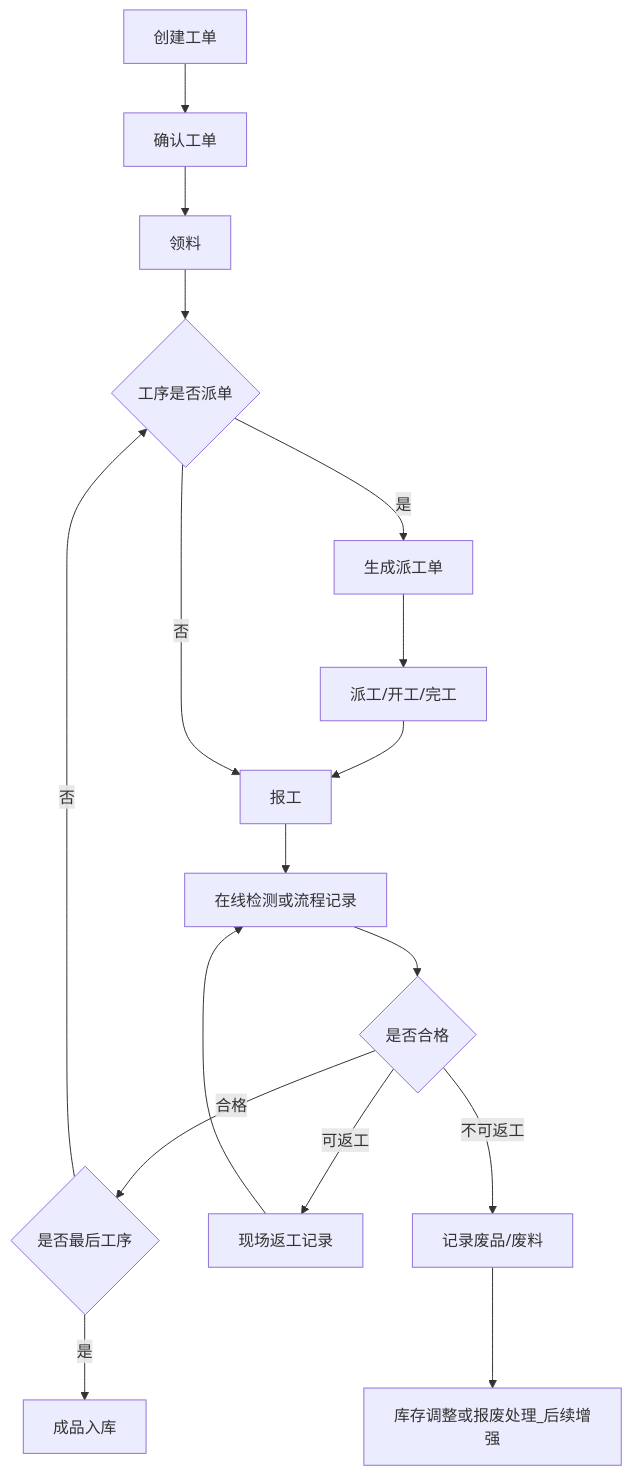
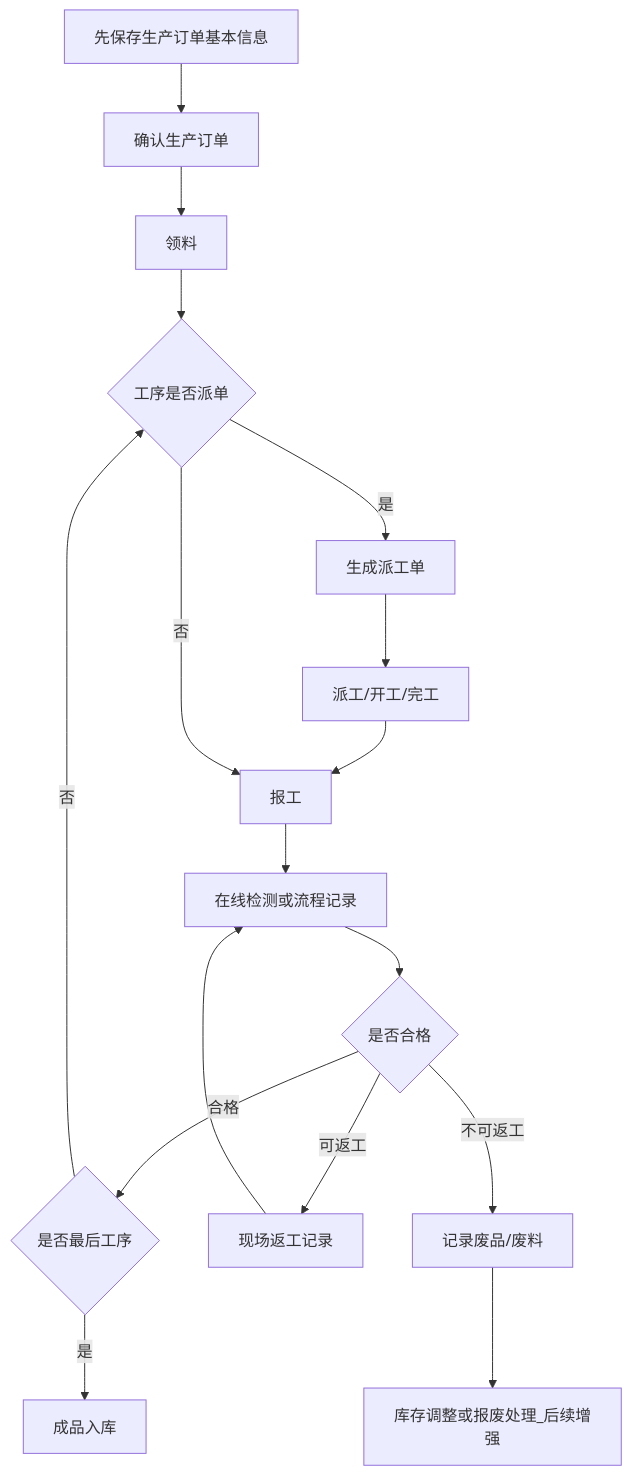
Diagram 12 of 17 in docs/minierp/system-function-flow.md (goldf2/mes-lite), drawn with Mermaid before and after one commit. The commit also changed other lines of this file and 28 other files, not shown here.

````diff
--- a/docs/minierp/system-function-flow.md
+++ b/docs/minierp/system-function-flow.md
@@ -386,19 +386,19 @@
 ```mermaid
 flowchart TD
-  A["创建工单"] --> B["确认工单"]
+  A["先保存生产订单基本信息"] --> B["确认生产订单"]
   B --> C["领料"]
   C --> D{"工序是否派单"}
   D -->|是| E["生成派工单"]
   E --> F["派工/开工/完工"]
   F --> G["报工"]
   D -->|否| G
   G --> H["在线检测或流程记录"]
   H --> I{"是否合格"}
   I -->|合格| J{"是否最后工序"}
   I -->|可返工| K["现场返工记录"]
   K --> H
   I -->|不可返工| L["记录废品/废料"]
   J -->|否| D
   J -->|是| M["成品入库"]
   L --> N["库存调整或报废处理_后续增强"]
 ```
````
